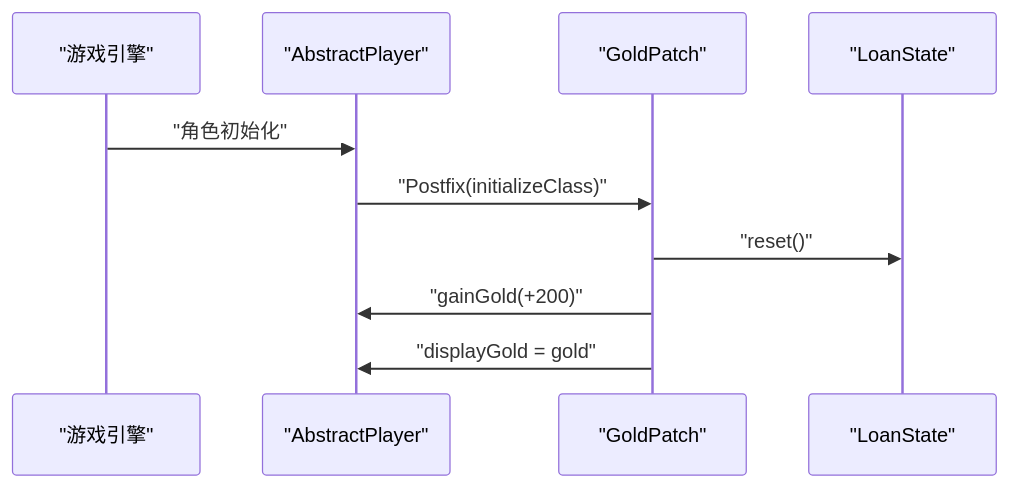
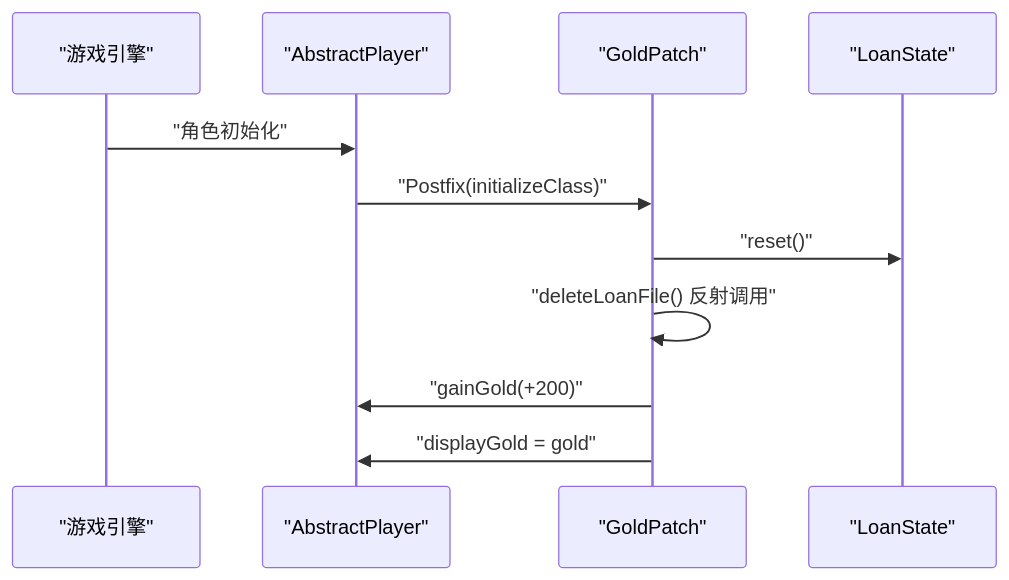
The eighth of 12 diagrams in .qoder/repowiki/zh/content/技术架构/技术架构.md (StephenZhuang/SpireMod), drawn with Mermaid before and after one commit. The commit also changed other lines of this file and 35 other files, not shown here.

````diff
--- a/.qoder/repowiki/zh/content/技术架构/技术架构.md
+++ b/.qoder/repowiki/zh/content/技术架构/技术架构.md
@@ -309,12 +389,13 @@
 ```mermaid
 sequenceDiagram
 participant Game as "游戏引擎"
 participant Player as "AbstractPlayer"
 participant GP as "GoldPatch"
 participant State as "LoanState"
 Game->>Player : "角色初始化"
 Player->>GP : "Postfix(initializeClass)"
 GP->>State : "reset()"
+GP->>GP : "deleteLoanFile() 反射调用"
 GP->>Player : "gainGold(+200)"
 GP->>Player : "displayGold = gold"
 ```
````
